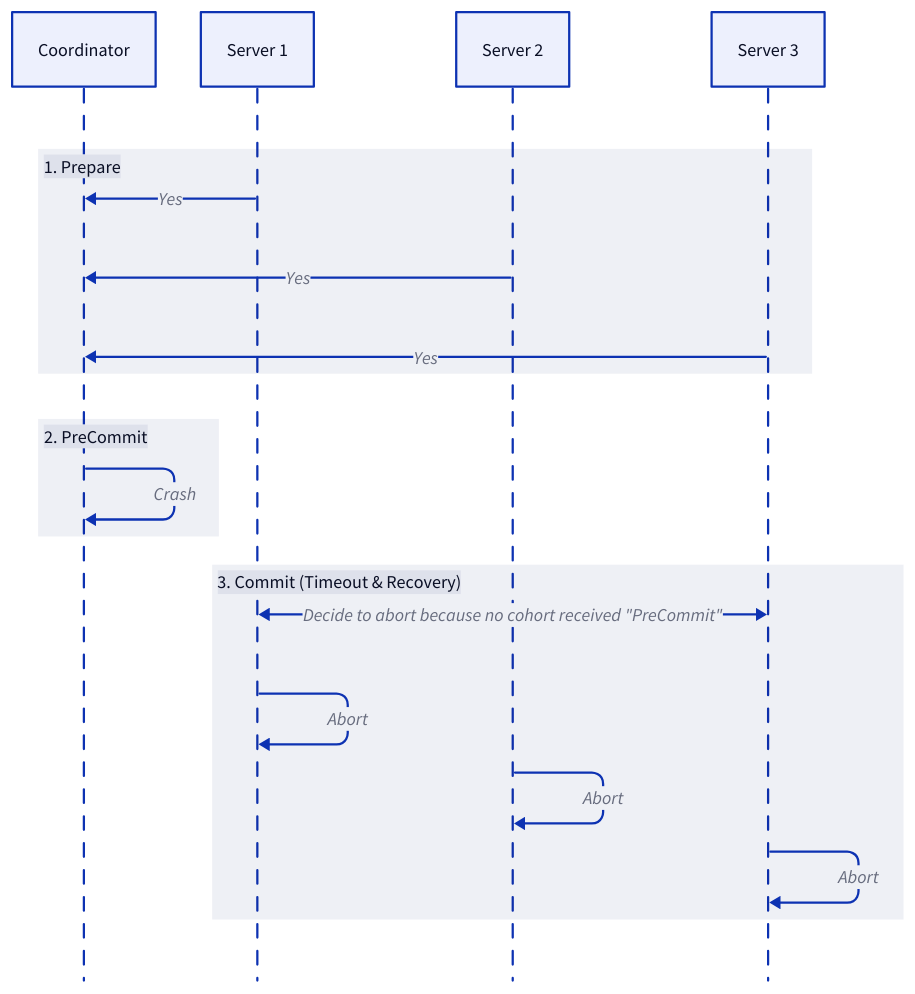
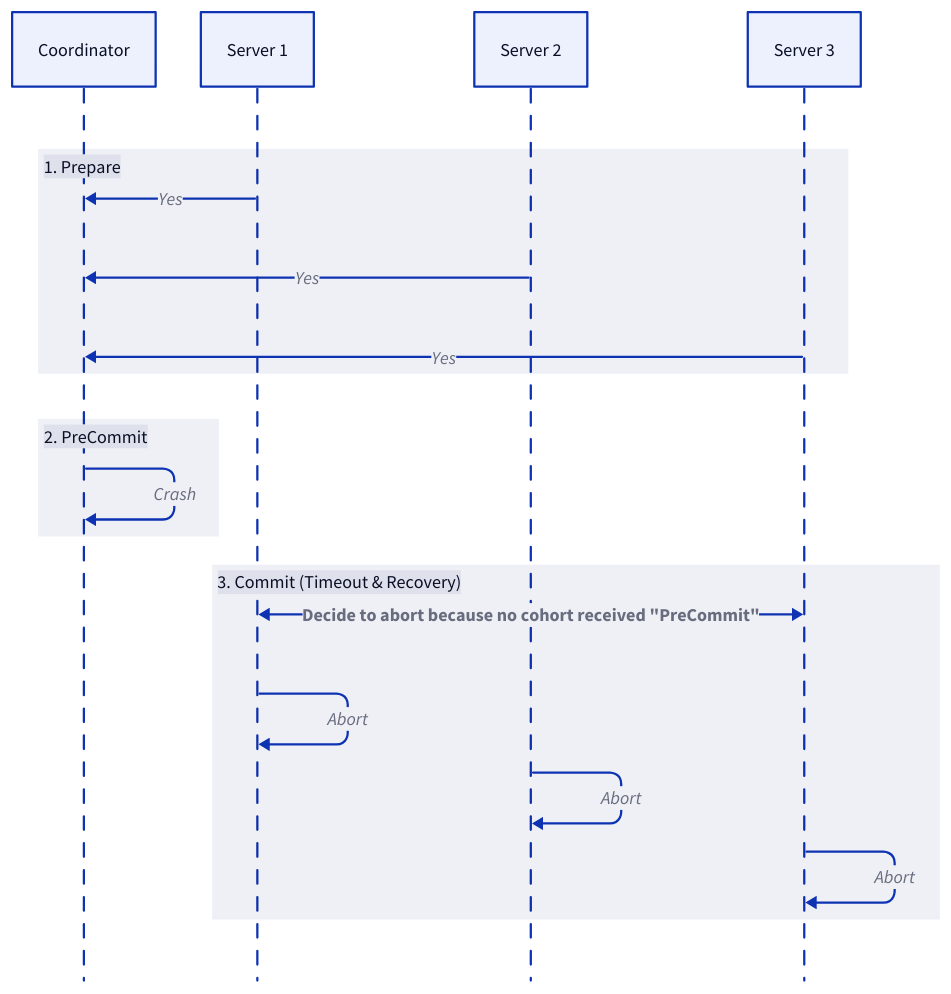
Diagram 12 of 15 in content/docs/design-patterns/distributed-transaction/blocking-protocols.md (link1905/system-design-101), drawn with D2 before and after one commit. The commit also changed other lines of this file and 12 other files, not shown here.

````diff
--- a/content/docs/design-patterns/distributed-transaction/blocking-protocols.md
+++ b/content/docs/design-patterns/distributed-transaction/blocking-protocols.md
@@ -451,31 +453,33 @@
 ```d2
 shape: sequence_diagram
 c: Coordinator {
     class: router
 }
 s1: Server 1 {
     class: server
 }
 s2: Server 2 {
     class: server
 }
 s3: Server 3 {
     class: server
 }
 "1. Prepare" {
     s1 -> c: "Yes"
     s2 -> c: "Yes"
     s3 -> c: "Yes"
 }
 "2. PreCommit" {
     c -> c: Crash {
         class: error-conn
     }
 }
 "3. Commit (Timeout & Recovery)" {
-    s1 <-> s3: 'Decide to abort because no cohort received "PreCommit"'
+    s1 <-> s3: 'Decide to abort because no cohort received "PreCommit"' {
+        style.bold: true
+    }
     s1 -> s1: Abort
     s2 -> s2: Abort
     s3 -> s3: Abort
 }
 ```
````
